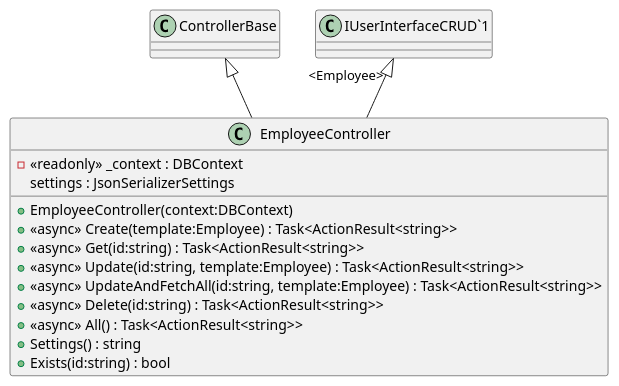
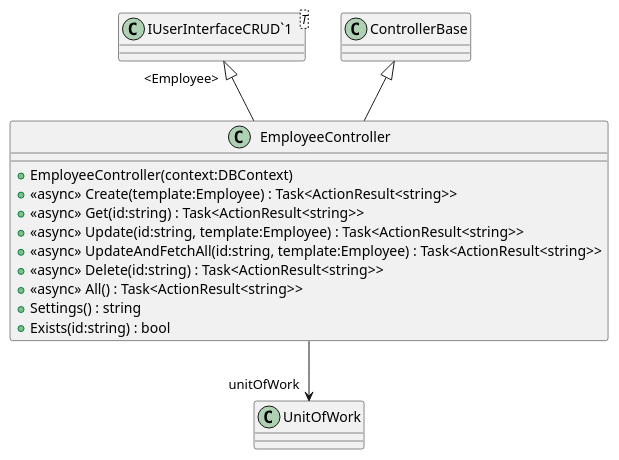
The diagram in YouthActionDotNet/UML/Controllers/EmployeeController.puml (timothxy/ICT2106_P3_Project), drawn with PlantUML before and after one commit. The commit also changed 31 other files, not shown here.

Commit message:
update uml

```diff
--- a/YouthActionDotNet/UML/Controllers/EmployeeController.puml
+++ b/YouthActionDotNet/UML/Controllers/EmployeeController.puml
@@ -1,17 +1,18 @@
 @startuml
 class EmployeeController {
-    - <<readonly>> _context : DBContext
-    settings : JsonSerializerSettings
     + EmployeeController(context:DBContext)
     + <<async>> Create(template:Employee) : Task<ActionResult<string>>
     + <<async>> Get(id:string) : Task<ActionResult<string>>
     + <<async>> Update(id:string, template:Employee) : Task<ActionResult<string>>
     + <<async>> UpdateAndFetchAll(id:string, template:Employee) : Task<ActionResult<string>>
     + <<async>> Delete(id:string) : Task<ActionResult<string>>
     + <<async>> All() : Task<ActionResult<string>>
     + Settings() : string
     + Exists(id:string) : bool
 }
+class "IUserInterfaceCRUD`1"<T> {
+}
 ControllerBase <|-- EmployeeController
 "IUserInterfaceCRUD`1" "<Employee>" <|-- EmployeeController
+EmployeeController --> "unitOfWork" UnitOfWork
 @enduml
```
